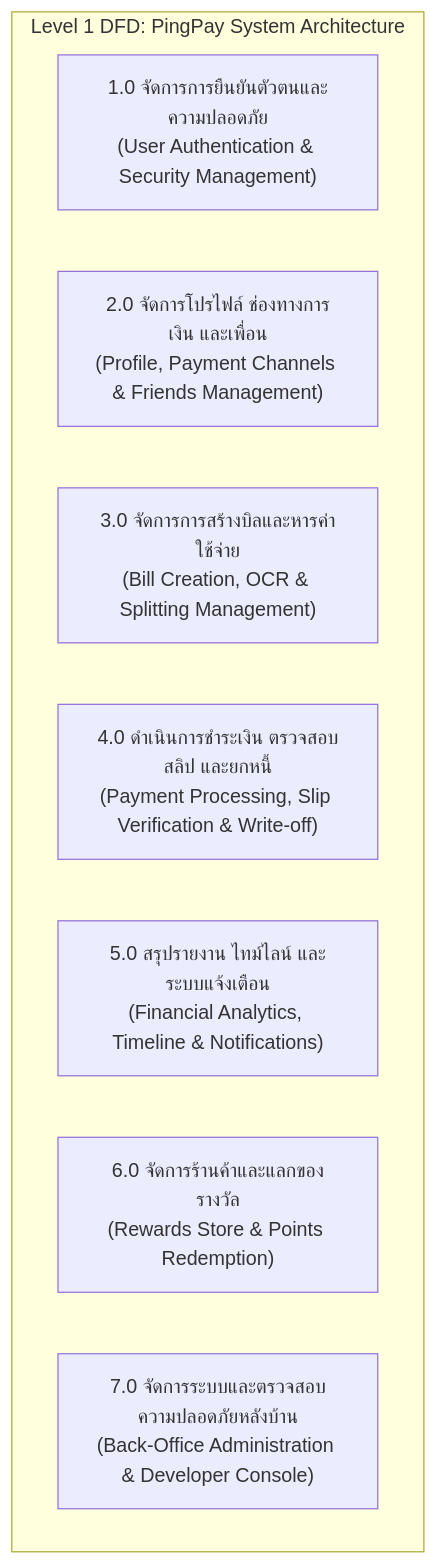
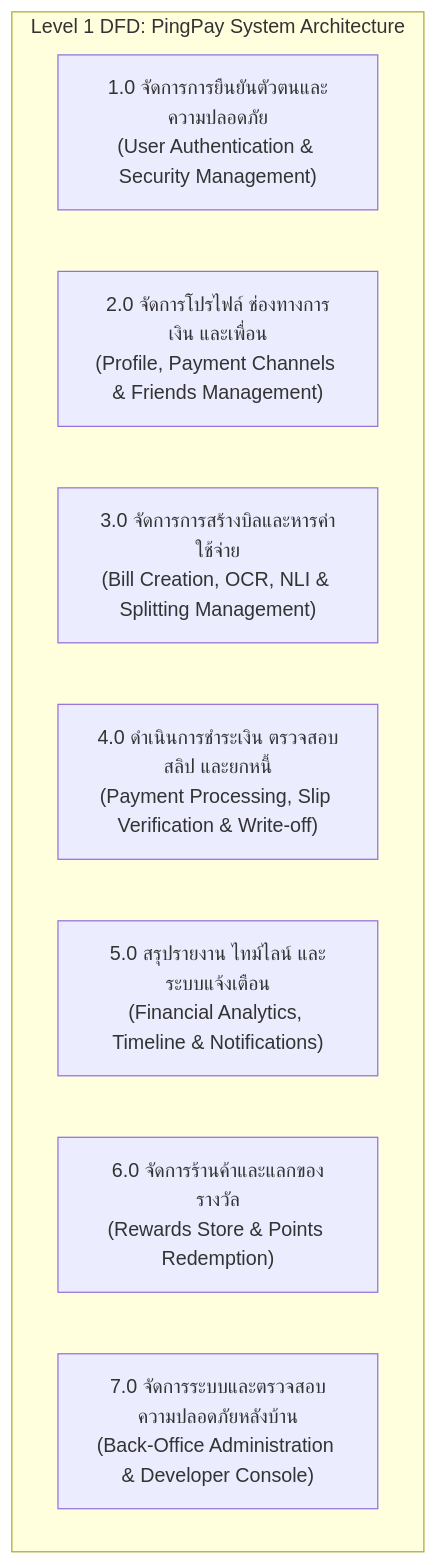
One commit to ntdotjsx/pingpay_flutter changed the diagram in PINGPAY_SYSTEM_SPEC_FOR_DFD.md. Above: the diagram before and after it, drawn with Mermaid. The commit also changed other lines of this file, not shown here.

Commit message:
docs: refine DFD system spec to match actual architecture without LINE auth/messaging

````diff
--- a/PINGPAY_SYSTEM_SPEC_FOR_DFD.md
+++ b/PINGPAY_SYSTEM_SPEC_FOR_DFD.md
@@ -94,12 +92,12 @@
 ```mermaid
 graph TD
     subgraph "Level 1 DFD: PingPay System Architecture"
         P1["1.0 จัดการการยืนยันตัวตนและความปลอดภัย<br>(User Authentication & Security Management)"]
         P2["2.0 จัดการโปรไฟล์ ช่องทางการเงิน และเพื่อน<br>(Profile, Payment Channels & Friends Management)"]
-        P3["3.0 จัดการการสร้างบิลและหารค่าใช้จ่าย<br>(Bill Creation, OCR & Splitting Management)"]
+        P3["3.0 จัดการการสร้างบิลและหารค่าใช้จ่าย<br>(Bill Creation, OCR, NLI & Splitting Management)"]
         P4["4.0 ดำเนินการชำระเงิน ตรวจสอบสลิป และยกหนี้<br>(Payment Processing, Slip Verification & Write-off)"]
         P5["5.0 สรุปรายงาน ไทม์ไลน์ และระบบแจ้งเตือน<br>(Financial Analytics, Timeline & Notifications)"]
         P6["6.0 จัดการร้านค้าและแลกของรางวัล<br>(Rewards Store & Points Redemption)"]
         P7["7.0 จัดการระบบและตรวจสอบความปลอดภัยหลังบ้าน<br>(Back-Office Administration & Developer Console)"]
     end
 ```
````
